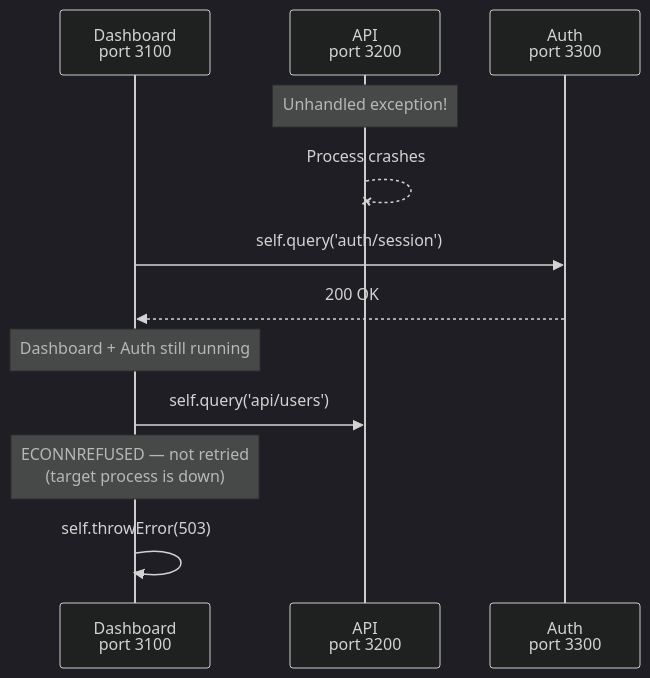
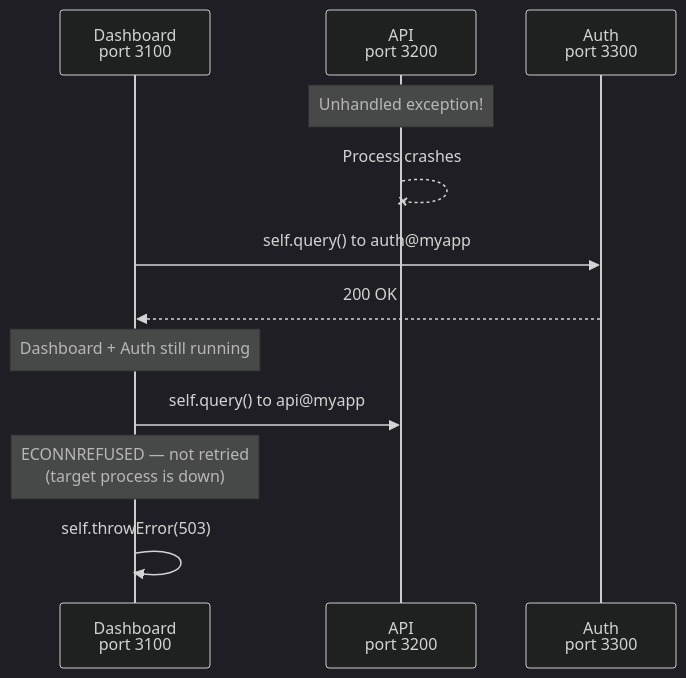
One commit to gina-io/docs changed the second of 3 diagrams in docs/guides/multi-bundle.md. Above: the diagram before and after it, drawn with Mermaid (dark theme). The commit also changed other lines of this file and 6 other files, not shown here.

Commit message:
Correcting the pages that said bundles always speak HTTP/2: a new bundle serves HTTP/1.1, HTTP/2 needs protocol http/2.0 set together with scheme, and the multi-bundle example calls self.query() with a hostname and a path (#P47)

````diff
--- a/docs/guides/multi-bundle.md
+++ b/docs/guides/multi-bundle.md
@@ -220,17 +228,17 @@
 ```mermaid
 sequenceDiagram
     participant D as Dashboard<br/>port 3100
     participant A as API<br/>port 3200
     participant Auth as Auth<br/>port 3300
 
     Note over A: Unhandled exception!
     A--xA: Process crashes
 
-    D->>Auth: self.query('auth/session')
+    D->>Auth: self.query() to auth@myapp
     Auth-->>D: 200 OK
     Note over D: Dashboard + Auth still running
 
-    D->>A: self.query('api/users')
+    D->>A: self.query() to api@myapp
     Note over D: ECONNREFUSED — not retried<br/>(target process is down)
     D->>D: self.throwError(503)
 ```
````
